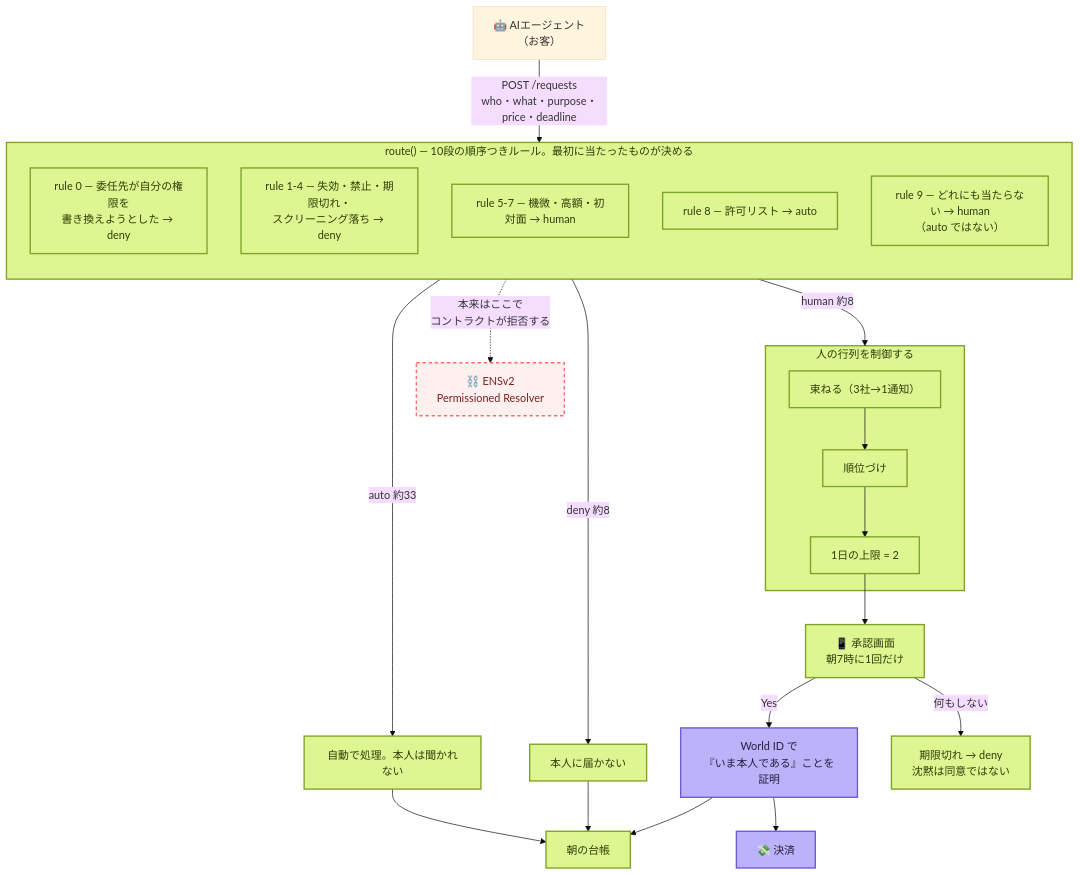
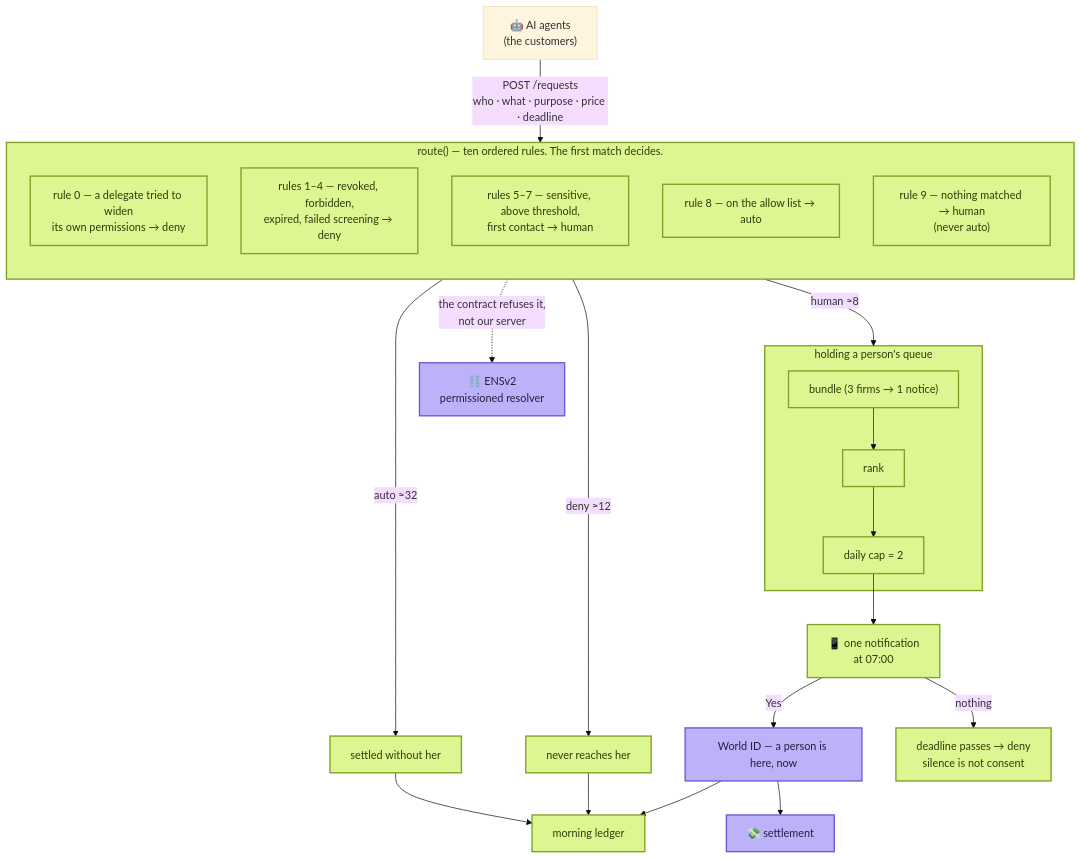
The diagram in docs/README.md (kou-uni/ethglobal-tokyo2026-uni), drawn with Mermaid (base theme) before and after one commit. The commit also changed other lines of this file and 1 other file, not shown here.

````diff
--- a/docs/README.md
+++ b/docs/README.md
@@ -14,38 +14,37 @@
 ```mermaid
 flowchart TB
-  A["🤖 AIエージェント<br/>（お客）"] -->|"POST /requests<br/>who・what・purpose・price・deadline"| R
+  A["🤖 AI agents<br/>(the customers)"] -->|"POST /requests<br/>who · what · purpose · price · deadline"| R
 
-  subgraph R["route() — 10段の順序つきルール。最初に当たったものが決める"]
+  subgraph R["route() — ten ordered rules. The first match decides."]
     direction TB
-    R0["rule 0 — 委任先が自分の権限を<br/>書き換えようとした → deny"]
-    R15["rule 1-4 — 失効・禁止・期限切れ・<br/>スクリーニング落ち → deny"]
-    R56["rule 5-7 — 機微・高額・初対面 → human"]
-    R8["rule 8 — 許可リスト → auto"]
-    R9["rule 9 — どれにも当たらない → human<br/>（auto ではない）"]
+    R0["rule 0 — a delegate tried to widen<br/>its own permissions → deny"]
+    R15["rules 1–4 — revoked, forbidden,<br/>expired, failed screening → deny"]
+    R56["rules 5–7 — sensitive, above threshold,<br/>first contact → human"]
+    R8["rule 8 — on the allow list → auto"]
+    R9["rule 9 — nothing matched → human<br/>(never auto)"]
   end
 
-  R -->|auto 約33| S["自動で処理。本人は聞かれない"]
-  R -->|deny 約8| D["本人に届かない"]
-  R -->|human 約8| Q
+  R -->|auto ≈32| S["settled without her"]
+  R -->|deny ≈12| D["never reaches her"]
+  R -->|human ≈8| Q
 
-  subgraph Q["人の行列を制御する"]
-    Q1["束ねる（3社→1通知）"] --> Q2["順位づけ"] --> Q3["1日の上限 = 2"]
+  subgraph Q["holding a person's queue"]
+    Q1["bundle (3 firms → 1 notice)"] --> Q2["rank"] --> Q3["daily cap = 2"]
   end
 
-  Q3 --> P["📱 承認画面<br/>朝7時に1回だけ"]
-  P -->|Yes| W["World ID で<br/>『いま本人である』ことを証明"]
-  P -->|"何もしない"| X["期限切れ → deny<br/>沈黙は同意ではない"]
-  W --> M["💸 決済"]
-  S --> L["朝の台帳"]
+  Q3 --> P["📱 one notification<br/>at 07:00"]
+  P -->|Yes| W["World ID — a person is here, now"]
+  P -->|"nothing"| X["deadline passes → deny<br/>silence is not consent"]
+  W --> M["💸 settlement"]
+  S --> L["morning ledger"]
   D --> L
   W --> L
 
-  R0 -.->|"本来はここで<br/>コントラクトが拒否する"| E["⛓️ ENSv2<br/>Permissioned Resolver"]
+  R0 -.->|"the contract refuses it,<br/>not our server"| E["⛓️ ENSv2<br/>permissioned resolver"]
 
   classDef done fill:#DDF691,stroke:#7FA326,stroke-width:2px,color:#2F3D09
   classDef live fill:#BCB2FA,stroke:#6B5BD6,stroke-width:2px,color:#241f3d
   classDef todo fill:#FFF0F0,stroke:#FF6B6B,stroke-width:2px,stroke-dasharray:5 4,color:#7a1f1f
   class R,R0,R15,R56,R8,R9,Q,Q1,Q2,Q3,S,D,X,L,P done
-  class W,M live
-  class E todo
+  class W,M,E live
 ```
````
